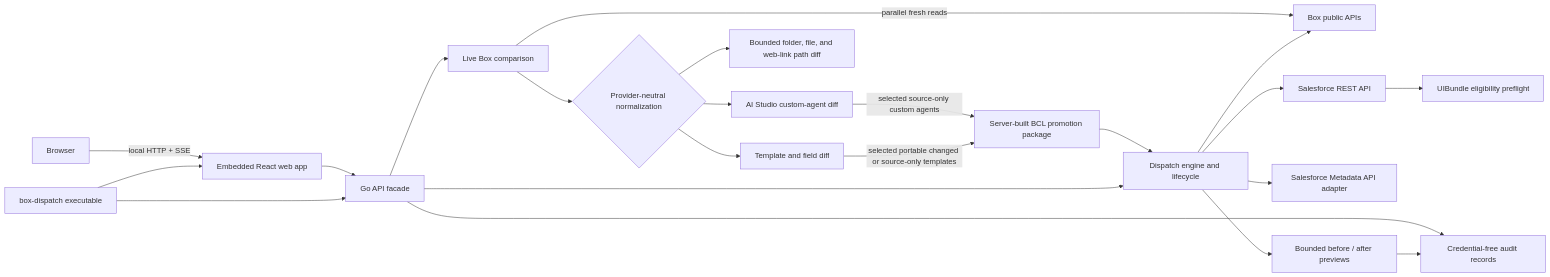
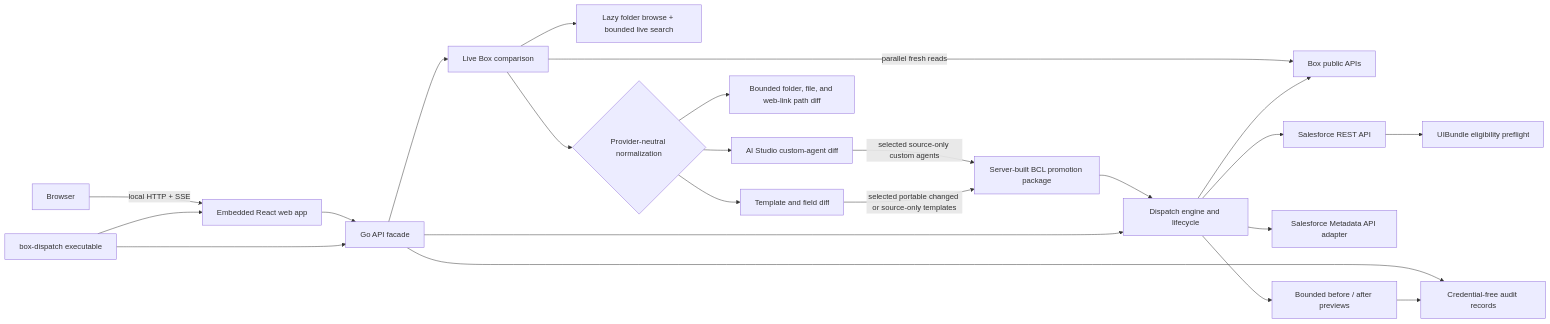
Before and after one commit to unofficialbox/box-dispatch: the first of 2 diagrams in docs/WEB_APP_ARCHITECTURE.md, drawn with Mermaid. The commit also changed other lines of this file and 20 other files, not shown here.

Commit message:
Add scoped cancellable live folder comparisons (#80)

````diff
--- a/docs/WEB_APP_ARCHITECTURE.md
+++ b/docs/WEB_APP_ARCHITECTURE.md
@@ -10,24 +10,25 @@
 ```mermaid
 flowchart LR
     Executable["box-dispatch executable"] --> UI["Embedded React web app"]
     Executable --> API["Go API facade"]
     Browser["Browser"] -->|"local HTTP + SSE"| UI
     UI --> API
     API --> Engine["Dispatch engine and lifecycle"]
     API --> LiveCompare["Live Box comparison"]
     Engine --> Box["Box public APIs"]
     LiveCompare -->|"parallel fresh reads"| Box
+    LiveCompare --> FolderBrowse["Lazy folder browse + bounded live search"]
     LiveCompare --> Normalize{"Provider-neutral normalization"}
     Normalize --> MetadataDiff["Template and field diff"]
     Normalize --> FolderDiff["Bounded folder, file, and web-link path diff"]
     Normalize --> AIAgentDiff["AI Studio custom-agent diff"]
     MetadataDiff -->|"selected portable changed or source-only templates"| Promotion["Server-built BCL promotion package"]
     AIAgentDiff -->|"selected source-only custom agents"| Promotion
     Promotion --> Engine
     Engine --> SalesforceREST["Salesforce REST API"]
     SalesforceREST --> SalesforceEligibility["UIBundle eligibility preflight"]
     Engine --> SalesforceMetadata["Salesforce Metadata API adapter"]
     Engine --> ChangeSnapshot["Bounded before / after previews"]
     ChangeSnapshot --> Audit["Credential-free audit records"]
     API --> Audit
 ```
````
